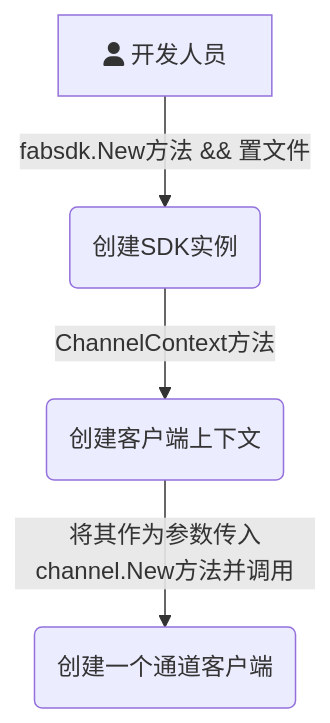
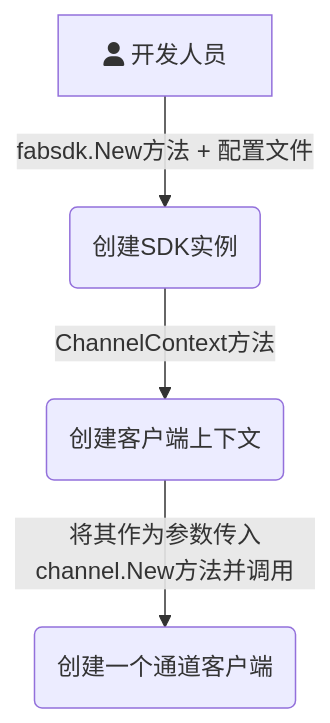
The diagram in all/未命名.md (Utekichan/iodraw-files), drawn with Mermaid before and after one commit.

Commit message:
2024-03-30 22:17:59 update

````diff
--- a/all/未命名.md
+++ b/all/未命名.md
@@ -1,11 +1,11 @@
 ```mermaid
 graph TD
-    A[fa:fa-user 开发人员] -->|fabsdk.New方法 && 置文件| B(创建SDK实例)
+    A[fa:fa-user 开发人员] -->|fabsdk.New方法 + 配置文件| B(创建SDK实例)
     B-->|ChannelContext方法| C(创建客户端上下文)
     C-->|将其作为参数传入channel.New方法并调用| D(创建一个通道客户端)
     %% C --> D{Select}
     %% C -->|One| D[Laptop]
     %% C -->|Two| E[iPhone]
     %% C -->|Three| F[Car]
   
 ```
````
